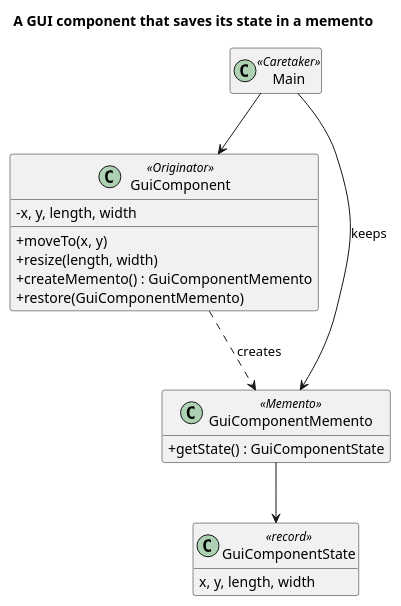
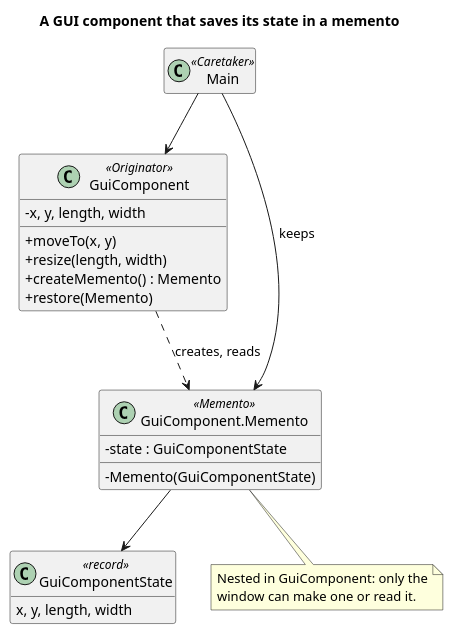
The diagram in src/main/java/dev/kaldiroglu/dp/behavioral/memento/gui/uml/Memento - GUI - Class Diagram.puml (kaldiroglu/DesignPatternsWithJava), drawn with PlantUML before and after one commit. The commit also changed 7 other files, not shown here.

First line of the commit message:
Memento gui: the memento follows GoF's narrow interface

```diff
--- a/src/main/java/dev/kaldiroglu/dp/behavioral/memento/gui/uml/Memento - GUI - Class Diagram.puml
+++ b/src/main/java/dev/kaldiroglu/dp/behavioral/memento/gui/uml/Memento - GUI - Class Diagram.puml
@@ -1,23 +1,28 @@
 @startuml "Memento - GUI - Class Diagram"
 skinparam classAttributeIconSize 0
 hide empty members
 title A GUI component that saves its state in a memento
 class GuiComponent <<Originator>> {
   - x, y, length, width
   + moveTo(x, y)
   + resize(length, width)
-  + createMemento() : GuiComponentMemento
-  + restore(GuiComponentMemento)
+  + createMemento() : Memento
+  + restore(Memento)
 }
-class GuiComponentMemento <<Memento>> {
-  + getState() : GuiComponentState
+class "GuiComponent.Memento" as Memento <<Memento>> {
+  - state : GuiComponentState
+  - Memento(GuiComponentState)
 }
 class GuiComponentState <<record>> {
   x, y, length, width
 }
 class Main <<Caretaker>>
-Main --> GuiComponentMemento : keeps
+Main --> Memento : keeps
 Main --> GuiComponent
-GuiComponent ..> GuiComponentMemento : creates
-GuiComponentMemento --> GuiComponentState
+GuiComponent ..> Memento : creates, reads
+Memento --> GuiComponentState
+note bottom of Memento
+  Nested in GuiComponent: only the
+  window can make one or read it.
+end note
 @enduml
```
